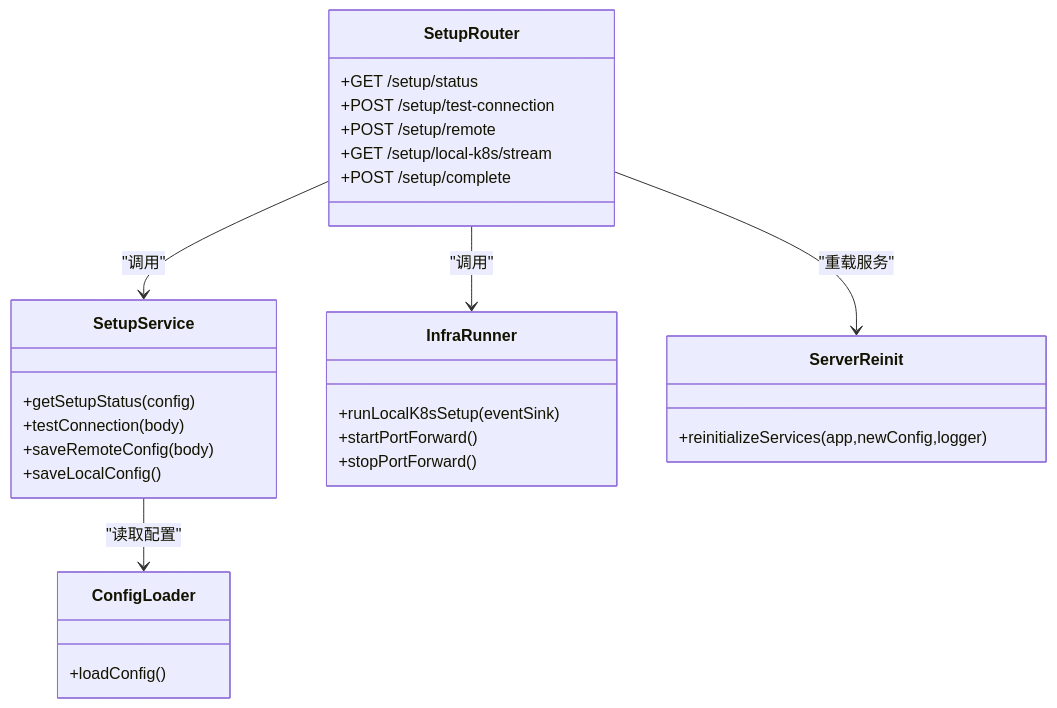
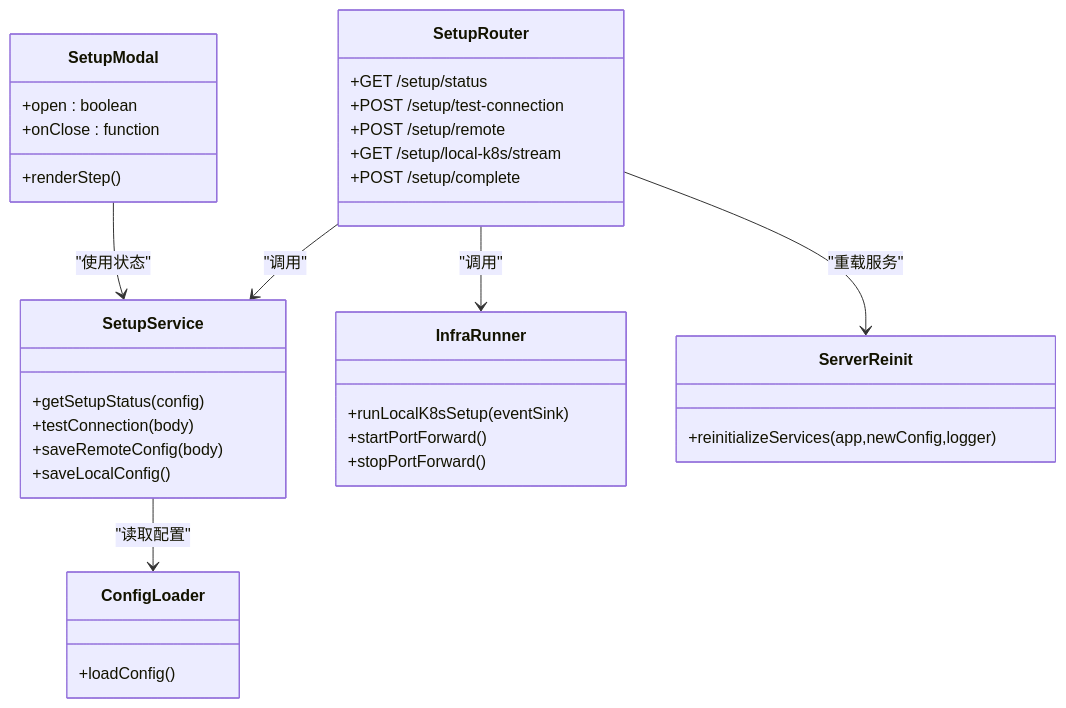
Before and after one commit to RabbitAI-Lab/Sandbox-Manager: the fourth of 4 diagrams in .qoder/repowiki/zh/content/前端应用架构/API客户端层/设置向导API.md, drawn with Mermaid. The commit also changed other lines of this file and 15 other files, not shown here.

````diff
--- a/.qoder/repowiki/zh/content/前端应用架构/API客户端层/设置向导API.md
+++ b/.qoder/repowiki/zh/content/前端应用架构/API客户端层/设置向导API.md
@@ -360,31 +414,37 @@
 ```mermaid
 classDiagram
 class SetupRouter {
 +GET /setup/status
 +POST /setup/test-connection
 +POST /setup/remote
 +GET /setup/local-k8s/stream
 +POST /setup/complete
 }
 class SetupService {
 +getSetupStatus(config)
 +testConnection(body)
 +saveRemoteConfig(body)
 +saveLocalConfig()
 }
 class InfraRunner {
 +runLocalK8sSetup(eventSink)
 +startPortForward()
 +stopPortForward()
 }
 class ConfigLoader {
 +loadConfig()
 }
 class ServerReinit {
 +reinitializeServices(app,newConfig,logger)
 }
+class SetupModal {
++open : boolean
++onClose : function
++renderStep()
+}
 SetupRouter --> SetupService : "调用"
 SetupRouter --> InfraRunner : "调用"
 SetupService --> ConfigLoader : "读取配置"
 SetupRouter --> ServerReinit : "重载服务"
+SetupModal --> SetupService : "使用状态"
 ```
````
